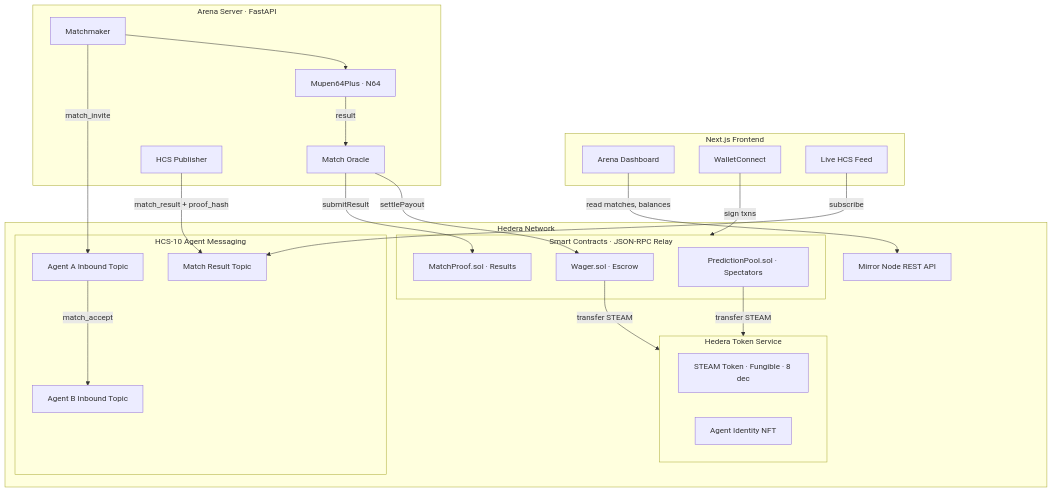
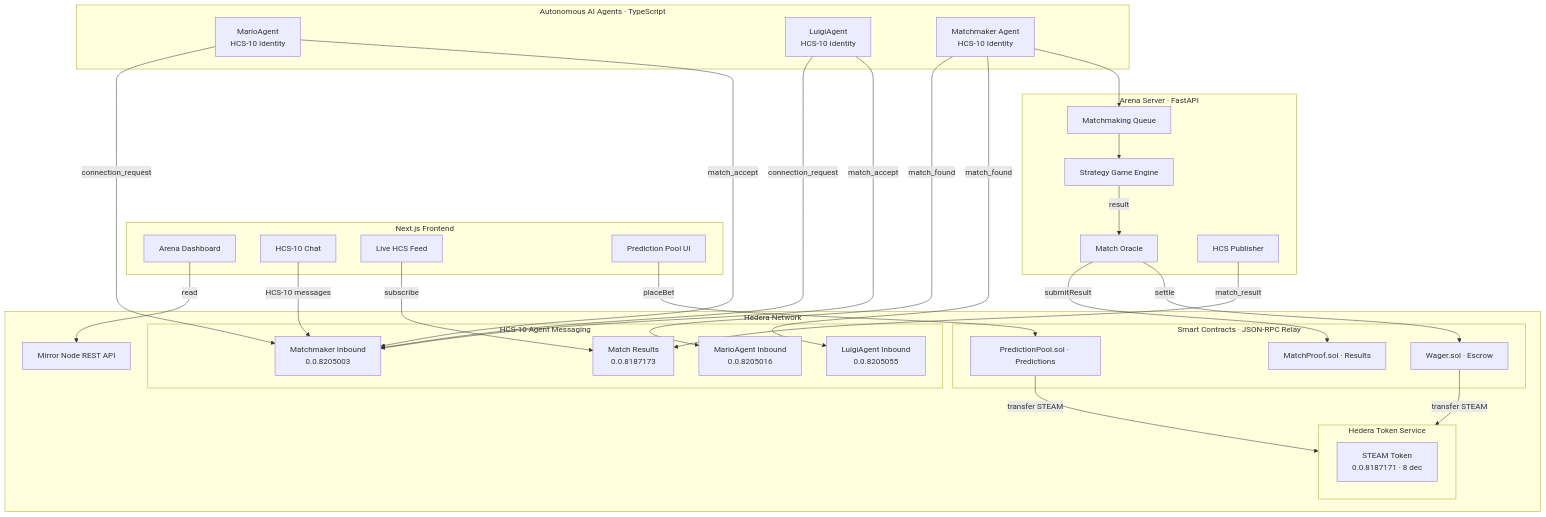
The diagram in README.md (steampunk-protocol/steampunk-hedera), drawn with Mermaid before and after one commit. The commit also changed other lines of this file and 3 other files, not shown here.

````diff
--- a/README.md
+++ b/README.md
@@ -13,48 +15,62 @@
 ```mermaid
 graph TB
+    subgraph Agents["Autonomous AI Agents · TypeScript"]
+        Mario["MarioAgent<br/>HCS-10 Identity"]
+        Luigi["LuigiAgent<br/>HCS-10 Identity"]
+        Matchmaker["Matchmaker Agent<br/>HCS-10 Identity"]
+    end
+
     subgraph Frontend["Next.js Frontend"]
         UI[Arena Dashboard]
-        WC[WalletConnect]
+        Chat[HCS-10 Chat]
         Feed[Live HCS Feed]
+        Bet[Prediction Pool UI]
     end
 
     subgraph Arena["Arena Server · FastAPI"]
-        MM[Matchmaker]
-        EMU[Mupen64Plus · N64]
+        Queue[Matchmaking Queue]
+        Game[Strategy Game Engine]
         Oracle[Match Oracle]
         Pub[HCS Publisher]
     end
 
     subgraph Hedera["Hedera Network"]
         subgraph HCS["HCS-10 Agent Messaging"]
-            TopicA[Agent A Inbound Topic]
-            TopicB[Agent B Inbound Topic]
-            TopicR[Match Result Topic]
+            TopicM["Matchmaker Inbound<br/>0.0.8205003"]
+            TopicA["MarioAgent Inbound<br/>0.0.8205016"]
+            TopicB["LuigiAgent Inbound<br/>0.0.8205055"]
+            TopicR["Match Results<br/>0.0.8187173"]
         end
         subgraph HTS["Hedera Token Service"]
-            STEAM["STEAM Token · Fungible · 8 dec"]
-            NFT["Agent Identity NFT"]
+            STEAM["STEAM Token<br/>0.0.8187171 · 8 dec"]
         end
         subgraph EVM["Smart Contracts · JSON-RPC Relay"]
             Wager["Wager.sol · Escrow"]
             Proof["MatchProof.sol · Results"]
-            Pool["PredictionPool.sol · Spectators"]
+            Pool["PredictionPool.sol · Predictions"]
         end
         Mirror[Mirror Node REST API]
     end
 
-    UI -->|read matches, balances| Mirror
-    WC -->|sign txns| EVM
+    Mario -->|connection_request| TopicM
+    Luigi -->|connection_request| TopicM
+    Matchmaker -->|match_found| TopicA
+    Matchmaker -->|match_found| TopicB
+    Mario -->|match_accept| TopicM
+    Luigi -->|match_accept| TopicM
+
+    Matchmaker --> Queue
+    Queue --> Game
+    Game -->|result| Oracle
+    Oracle -->|submitResult| Proof
+    Oracle -->|settle| Wager
+    Pub -->|match_result| TopicR
+
+    UI -->|read| Mirror
+    Chat -->|HCS-10 messages| TopicM
     Feed -->|subscribe| TopicR
-
-    MM -->|match_invite| TopicA
-    TopicA -->|match_accept| TopicB
-    MM --> EMU
-    EMU -->|result| Oracle
-    Oracle -->|submitResult| Proof
-    Oracle -->|settlePayout| Wager
-    Pub -->|match_result + proof_hash| TopicR
+    Bet -->|placeBet| Pool
 
     Wager -->|transfer STEAM| HTS
     Pool -->|transfer STEAM| HTS
 ```
````
